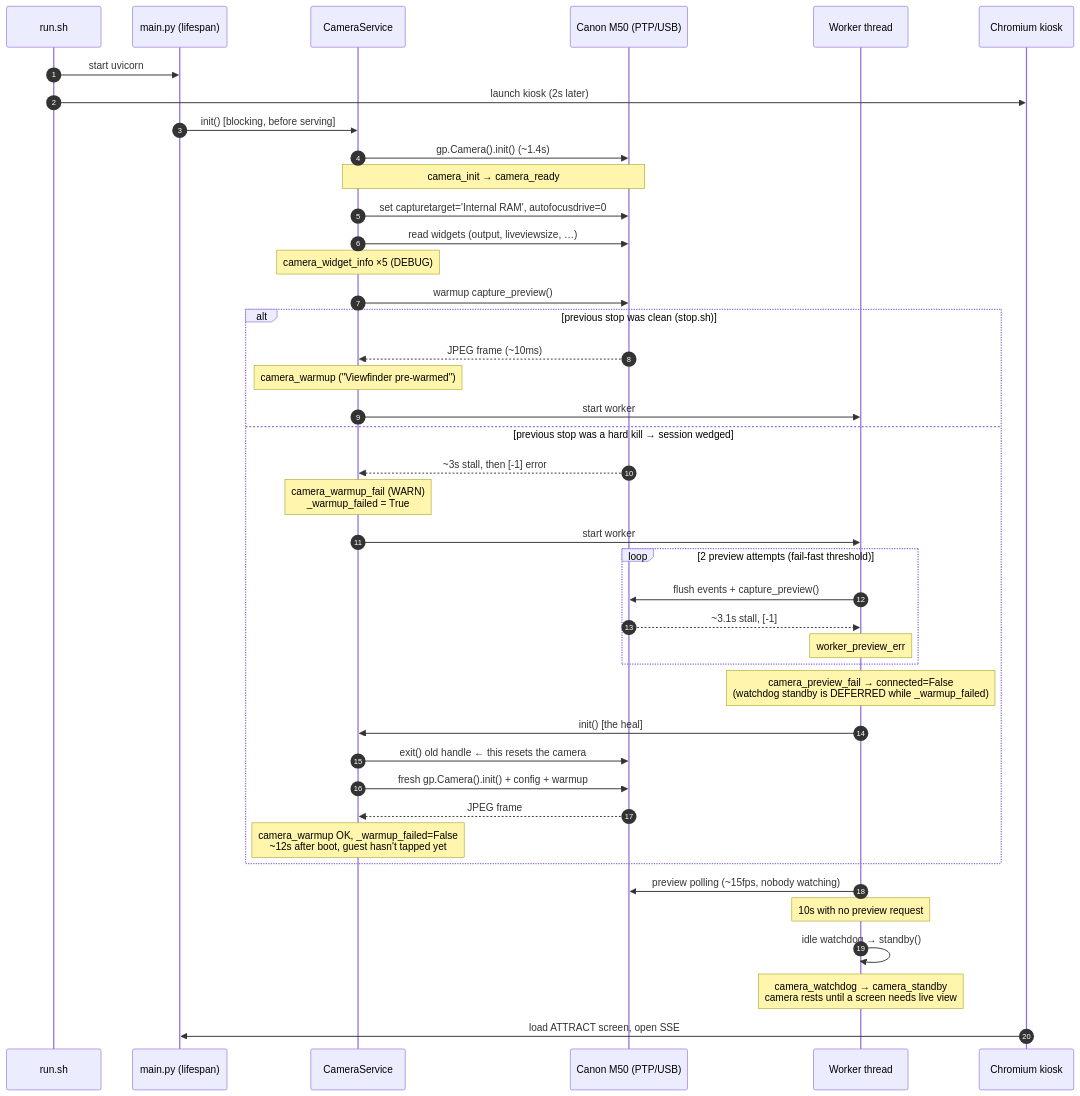
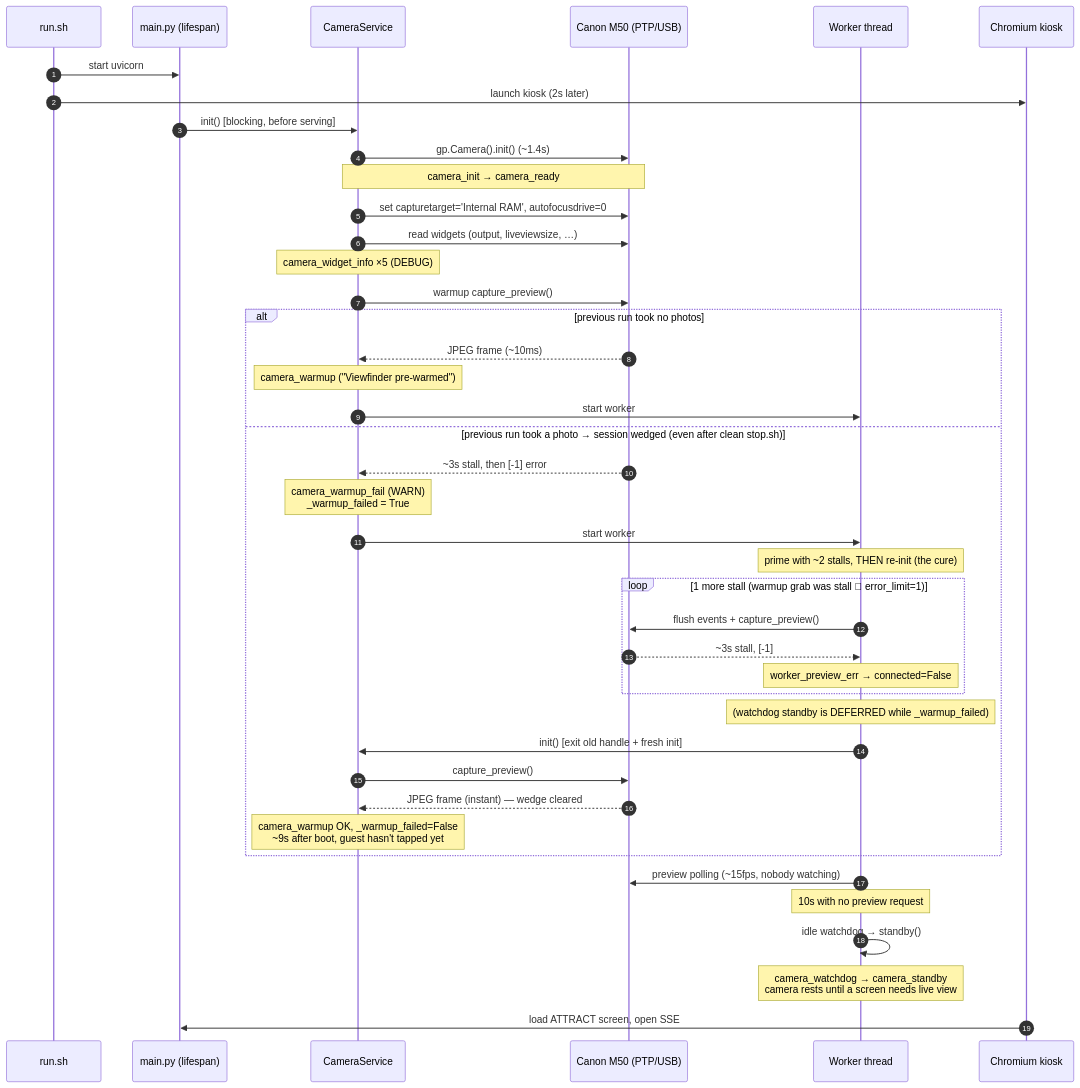
One commit to dz-score/Instantpic changed the first of 2 diagrams in Docs/CAMERA_SEQUENCES.md. Above: the diagram before and after it, drawn with Mermaid. The commit also changed other lines of this file and 3 other files, not shown here.

First line of the commit message:
docs: record M50 stall + wedged-first-session findings and fixes

````diff
--- a/Docs/CAMERA_SEQUENCES.md
+++ b/Docs/CAMERA_SEQUENCES.md
@@ -24,47 +25,47 @@
 ```mermaid
 sequenceDiagram
     autonumber
     participant R as run.sh
     participant L as main.py (lifespan)
     participant C as CameraService
     participant M as Canon M50 (PTP/USB)
     participant W as Worker thread
     participant K as Chromium kiosk
 
     R->>L: start uvicorn
     R->>K: launch kiosk (2s later)
     L->>C: init()   [blocking, before serving]
     C->>M: gp.Camera().init()  (~1.4s)
     Note over C,M: camera_init → camera_ready
     C->>M: set capturetarget='Internal RAM', autofocusdrive=0
     C->>M: read widgets (output, liveviewsize, …)
     Note over C: camera_widget_info ×5 (DEBUG)
     C->>M: warmup capture_preview()
 
-    alt previous stop was clean (stop.sh)
+    alt previous run took no photos
         M-->>C: JPEG frame (~10ms)
         Note over C: camera_warmup ("Viewfinder pre-warmed")
         C->>W: start worker
-    else previous stop was a hard kill → session wedged
+    else previous run took a photo → session wedged (even after clean stop.sh)
         M-->>C: ~3s stall, then [-1] error
         Note over C: camera_warmup_fail (WARN)<br/>_warmup_failed = True
         C->>W: start worker
-        loop 2 preview attempts (fail-fast threshold)
+        Note over W: prime with ~2 stalls, THEN re-init (the cure)
+        loop 1 more stall (warmup grab was stall #1; error_limit=1)
             W->>M: flush events + capture_preview()
-            M-->>W: ~3.1s stall, [-1]
-            Note over W: worker_preview_err #1, #2
+            M-->>W: ~3s stall, [-1]
+            Note over W: worker_preview_err → connected=False
         end
-        Note over W: camera_preview_fail → connected=False<br/>(watchdog standby is DEFERRED while _warmup_failed)
-        W->>C: init()  [the heal]
-        C->>M: exit() old handle  ← this resets the camera
-        C->>M: fresh gp.Camera().init() + config + warmup
-        M-->>C: JPEG frame
-        Note over C: camera_warmup OK, _warmup_failed=False<br/>~12s after boot, guest hasn't tapped yet
+        Note over W: (watchdog standby is DEFERRED while _warmup_failed)
+        W->>C: init()  [exit old handle + fresh init]
+        C->>M: capture_preview()
+        M-->>C: JPEG frame (instant) — wedge cleared
+        Note over C: camera_warmup OK, _warmup_failed=False<br/>~9s after boot, guest hasn't tapped yet
     end
 
     W->>M: preview polling (~15fps, nobody watching)
     Note over W: 10s with no preview request
     W->>W: idle watchdog → standby()
     Note over W: camera_watchdog → camera_standby<br/>camera rests until a screen needs live view
     K->>L: load ATTRACT screen, open SSE
 ```
````
